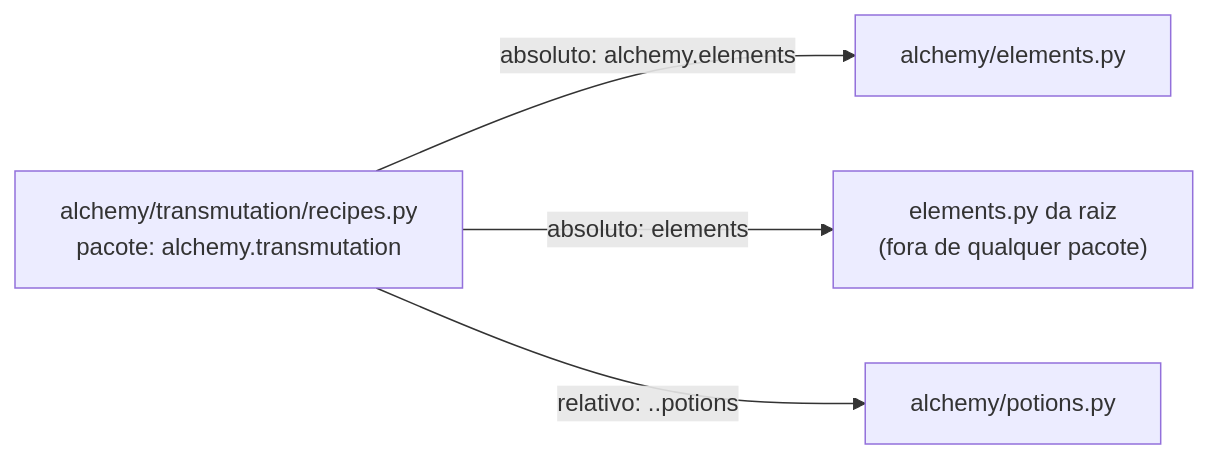
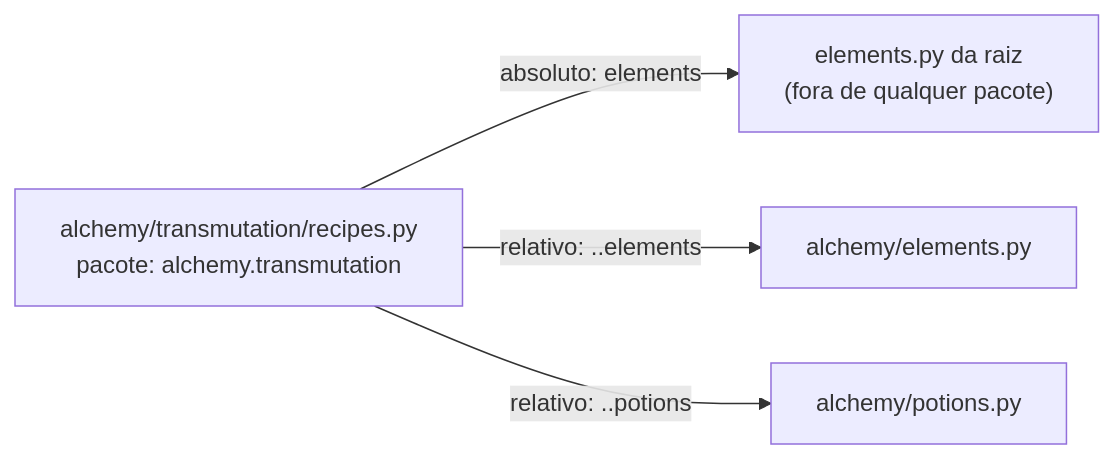
The diagram in python/python-modulo-06/tutorial/docs/05-parte-3/02-absoluto-e-relativo.md (navegar-sistemas/dojo), drawn with Mermaid before and after one commit. The commit also changed other lines of this file and 329 other files, not shown here.

````diff
--- a/python/python-modulo-06/tutorial/docs/05-parte-3/02-absoluto-e-relativo.md
+++ b/python/python-modulo-06/tutorial/docs/05-parte-3/02-absoluto-e-relativo.md
@@ -62,7 +62,7 @@
 ```mermaid
 flowchart LR
     recipes["alchemy/transmutation/recipes.py<br/>pacote: alchemy.transmutation"]
-    recipes -->|"absoluto: alchemy.elements"| ael["alchemy/elements.py"]
     recipes -->|"absoluto: elements"| el["elements.py da raiz<br/>(fora de qualquer pacote)"]
+    recipes -->|"relativo: ..elements"| ael["alchemy/elements.py"]
     recipes -->|"relativo: ..potions"| potions["alchemy/potions.py"]
 ```
````
